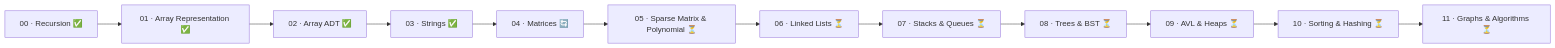
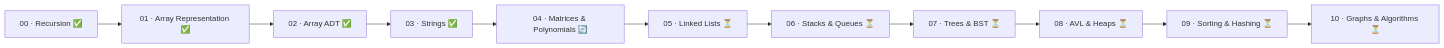
Before and after one commit to rishav-netizen/DSA-Learnings: the diagram in 1_data_structures_code/README.md, drawn with Mermaid. The commit also changed other lines of this file and 1 other file, not shown here.

Commit message:
docs: update dsa overview and root roadmap for polynomial and sparse additions

````diff
--- a/1_data_structures_code/README.md
+++ b/1_data_structures_code/README.md
@@ -56,14 +56,13 @@
 ```mermaid
 flowchart LR
     A["00 · Recursion ✅"] --> B["01 · Array Representation ✅"]
     B --> C["02 · Array ADT ✅"]
     C --> D["03 · Strings ✅"]
-    D --> E["04 · Matrices 🔄"]
-    E --> F["05 · Sparse Matrix & Polynomial ⏳"]
-    F --> G["06 · Linked Lists ⏳"]
-    G --> H["07 · Stacks & Queues ⏳"]
-    H --> I["08 · Trees & BST ⏳"]
-    I --> J["09 · AVL & Heaps ⏳"]
-    J --> K["10 · Sorting & Hashing ⏳"]
-    K --> L["11 · Graphs & Algorithms ⏳"]
+    D --> E["04 · Matrices & Polynomials 🔄"]
+    E --> F["05 · Linked Lists ⏳"]
+    F --> G["06 · Stacks & Queues ⏳"]
+    G --> H["07 · Trees & BST ⏳"]
+    H --> I["08 · AVL & Heaps ⏳"]
+    I --> J["09 · Sorting & Hashing ⏳"]
+    J --> K["10 · Graphs & Algorithms ⏳"]
 ```
````
